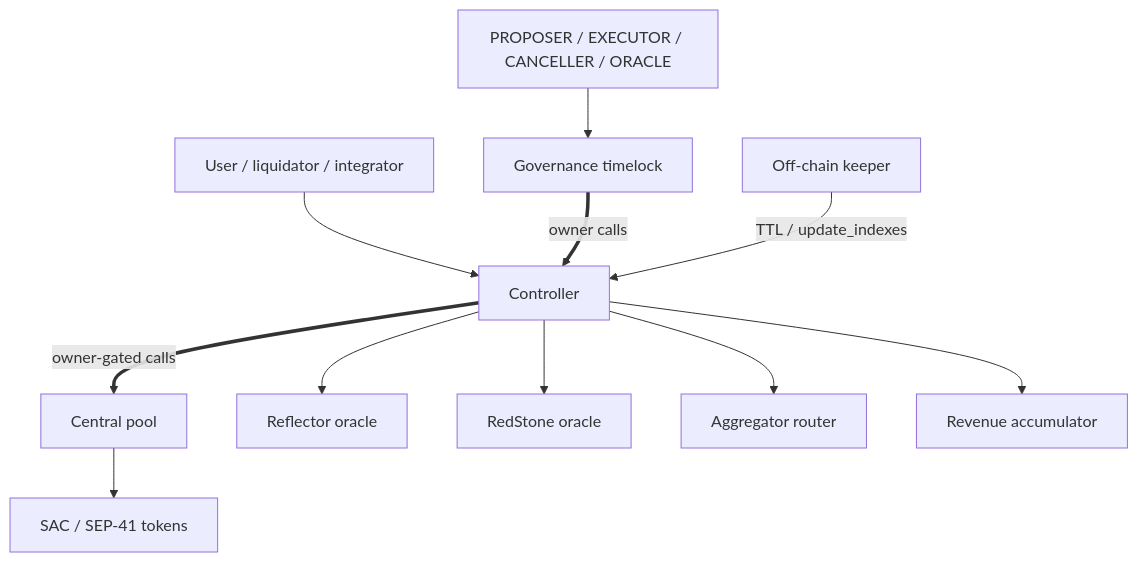
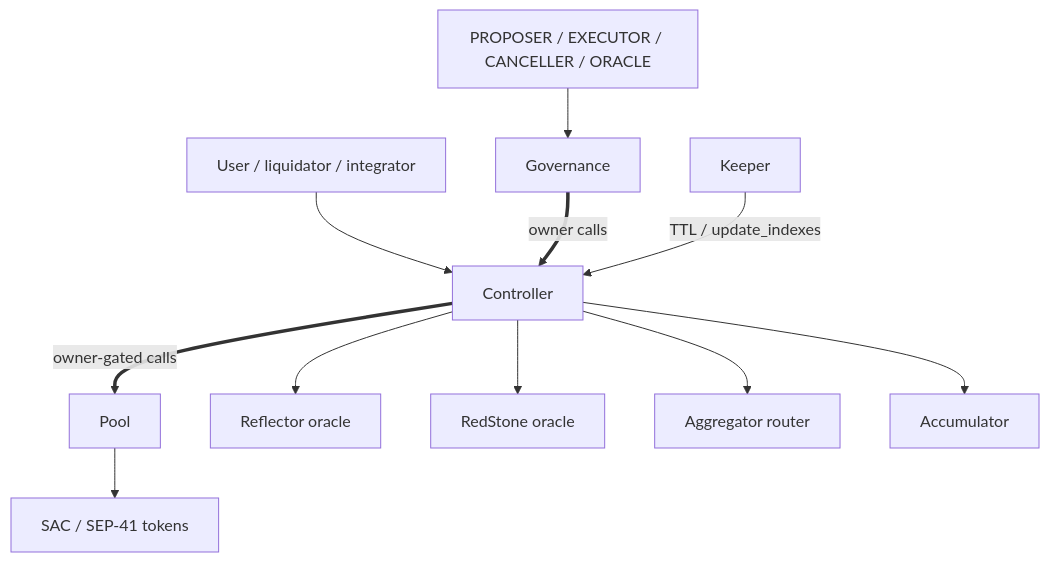
Before and after one commit to XOXNO/rs-lending-xlm: the diagram in SCF_BUILD_ARCHITECTURE.md, drawn with Mermaid. The commit also changed other lines of this file and 287 other files, not shown here.

````diff
--- a/SCF_BUILD_ARCHITECTURE.md
+++ b/SCF_BUILD_ARCHITECTURE.md
@@ -22,14 +21,14 @@
 ```mermaid
 flowchart TB
     User["User / liquidator / integrator"] --> Controller["Controller"]
-    Governance["Governance timelock"] ==>|"owner calls"| Controller
+    Governance["Governance"] ==>|"owner calls"| Controller
     GovRoles["PROPOSER / EXECUTOR / CANCELLER / ORACLE"] --> Governance
-    Keeper["Off-chain keeper"] -->|"TTL / update_indexes"| Controller
+    Keeper["Keeper"] -->|"TTL / update_indexes"| Controller
 
-    Controller ==>|"owner-gated calls"| Pool["Central pool"]
+    Controller ==>|"owner-gated calls"| Pool["Pool"]
     Controller --> Reflector["Reflector oracle"]
     Controller --> RedStone["RedStone oracle"]
     Controller --> Router["Aggregator router"]
-    Controller --> Accumulator["Revenue accumulator"]
+    Controller --> Accumulator["Accumulator"]
     Pool --> Tokens["SAC / SEP-41 tokens"]
 ```
````
